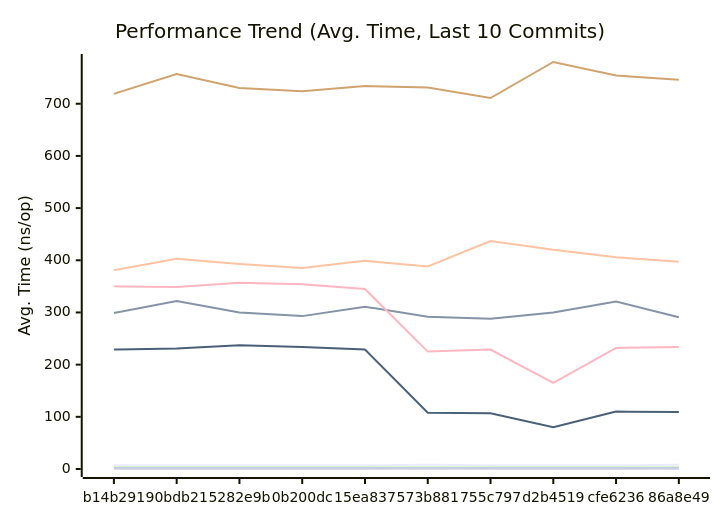
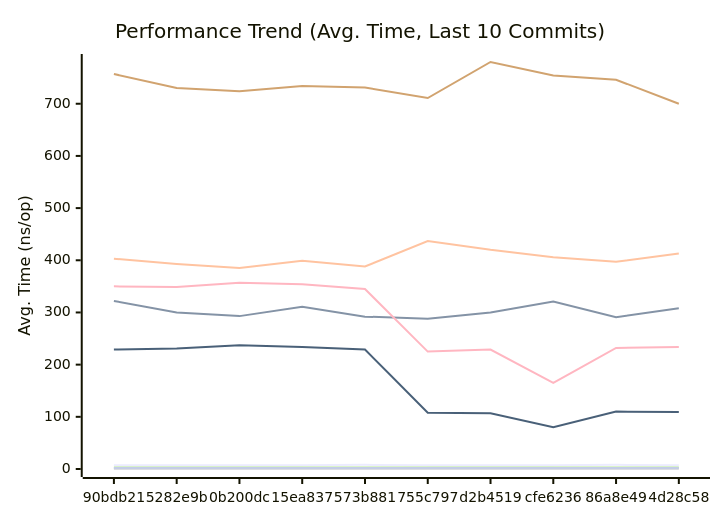
One commit to alsotoes/momo changed the first of 3 diagrams in docs/PERFORMANCE.md. Above: the diagram before and after it, drawn with Mermaid. The commit also changed other lines of this file and 2 other files, not shown here.

````diff
--- a/docs/PERFORMANCE.md
+++ b/docs/PERFORMANCE.md
@@ -80,16 +80,16 @@
 ```mermaid
 xychart-beta
     title "Performance Trend (Avg. Time, Last 10 Commits)"
     x-axis "Commit"
     y-axis "Avg. Time (ns/op)"
-    x-axis [b14b291,90bdb21,5282e9b,0b200dc,15ea837,573b881,755c797,d2b4519,cfe6236,86a8e49]
-    line "CheckMetricsAndSwap" [7,7,7,7,7,8,7,7,7,8]
-    line "CrushOptimized" [299,322,300,293,311,292,288,300,321,291]
-    line "CrushOriginal" [381,403,393,385,399,388,437,420,406,397]
+    x-axis [90bdb21,5282e9b,0b200dc,15ea837,573b881,755c797,d2b4519,cfe6236,86a8e49,4d28c58]
+    line "CheckMetricsAndSwap" [7,7,7,7,8,7,7,7,8,7]
+    line "CrushOptimized" [322,300,293,311,292,288,300,321,291,308]
+    line "CrushOriginal" [403,393,385,399,388,437,420,406,397,413]
     line "IndexDirectTracking" [0,0,0,0,0,0,0,0,0,0]
     line "IndexSearch" [3,3,3,3,3,3,3,3,3,3]
-    line "LoadGlobalConfig" [719,757,730,724,734,731,711,780,754,746]
+    line "LoadGlobalConfig" [757,730,724,734,731,711,780,754,746,700]
     line "PadString" [2,2,2,2,2,2,2,2,2,2]
     line "ParseReplicationOrder_NoPrealloc" [350,349,357,354,345,225,229,165,232,234]
     line "ParseReplicationOrder_Prealloc" [229,231,237,234,229,108,107,80,110,109]
 ```
````
